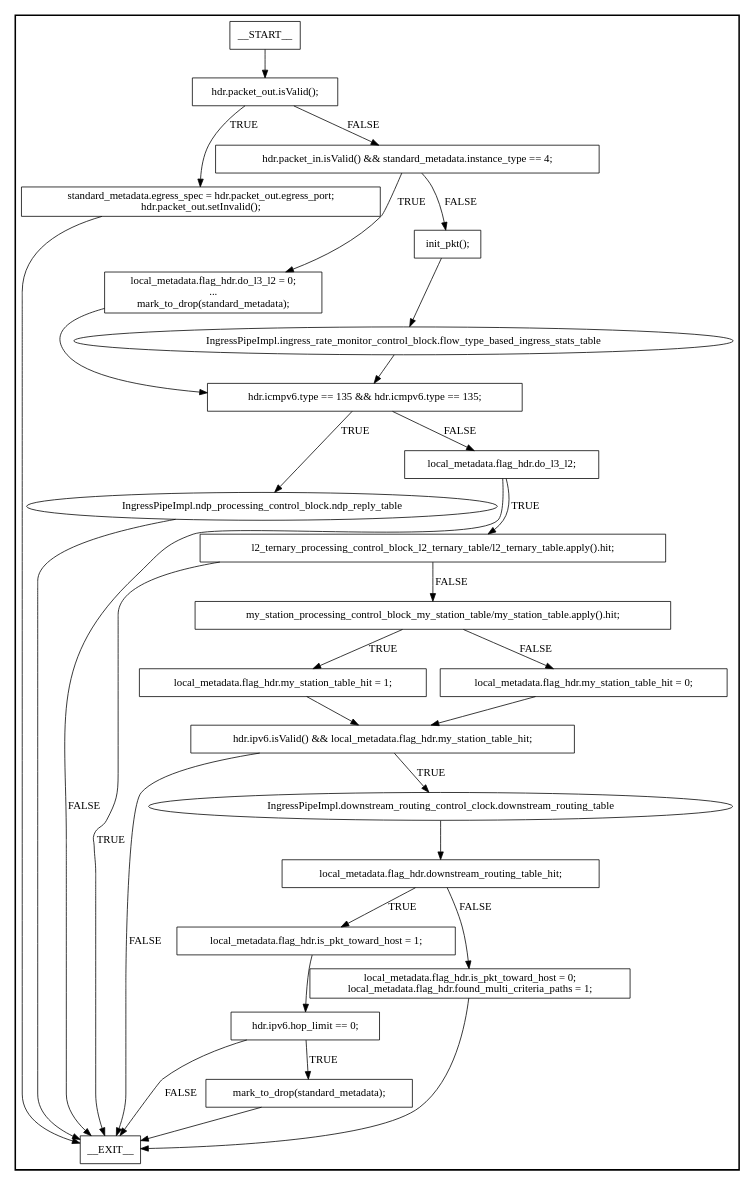
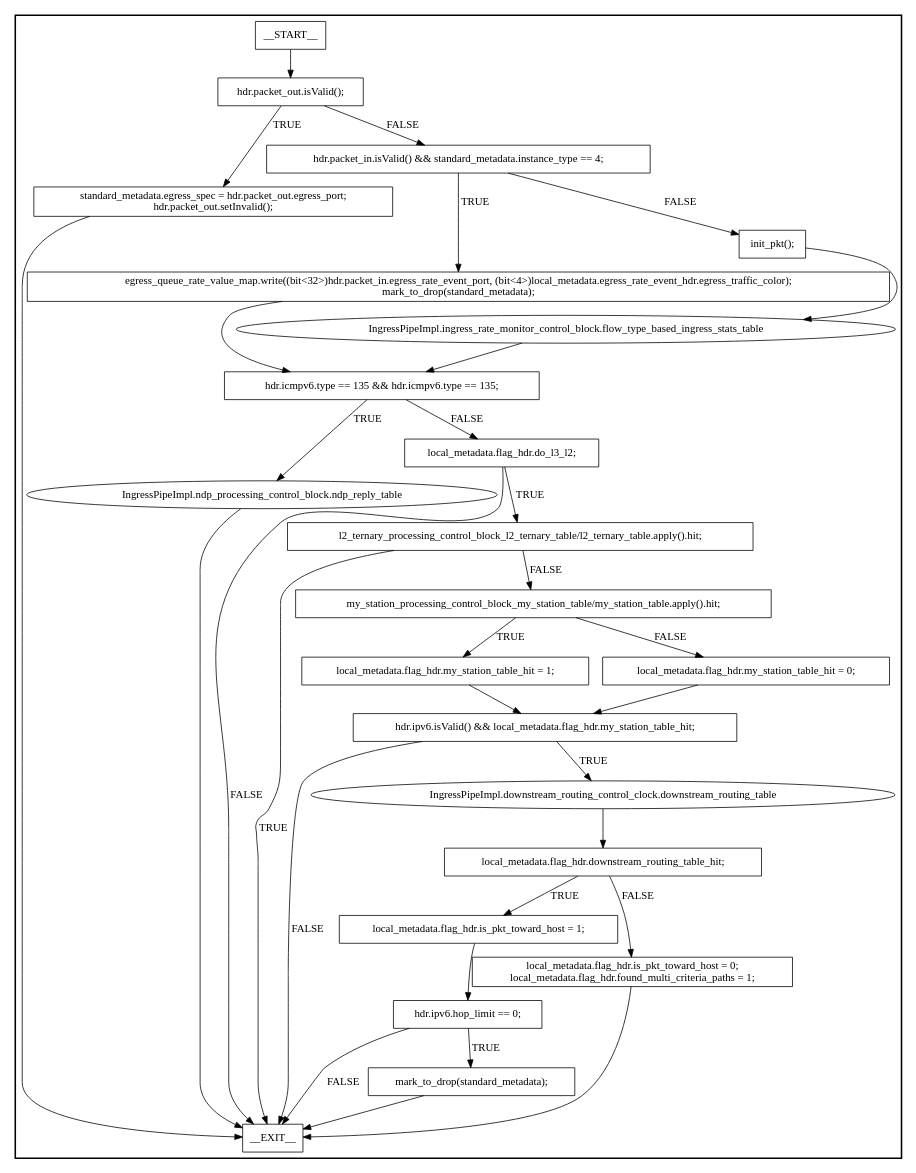
One commit to drobinkent/P4TE_UPTO_ELSEVIER_CN_REVISION_1 changed the diagram in p4src/graphs/leaf/IngressPipeImpl.dot. Above: the diagram before and after it, drawn with Graphviz. The commit also changed 563 other files, not shown here.

```diff
--- a/p4src/graphs/leaf/IngressPipeImpl.dot
+++ b/p4src/graphs/leaf/IngressPipeImpl.dot
@@ -1,62 +1,61 @@
 digraph IngressPipeImpl {
 subgraph cluster {
 graph [
 label="", labeljust=r, style=bold];
 0[label=__START__, margin="", shape=rectangle, style=solid];
 1[label=__EXIT__, margin="", shape=rectangle, style=solid];
 2[label="hdr.packet_out.isValid();", margin="", shape=rectangle, style=solid];
 3[label="standard_metadata.egress_spec = hdr.packet_out.egress_port;
 hdr.packet_out.setInvalid();", margin="", shape=rectangle, style=solid];
 4[label="hdr.packet_in.isValid() && standard_metadata.instance_type == 4;", margin="", shape=rectangle, style=solid];
-5[label="local_metadata.flag_hdr.do_l3_l2 = 0;
-...
+5[label="egress_queue_rate_value_map.write((bit<32>)hdr.packet_in.egress_rate_event_port, (bit<4>)local_metadata.egress_rate_event_hdr.egress_traffic_color);
 mark_to_drop(standard_metadata);", margin="", shape=rectangle, style=solid];
 6[label="init_pkt();", margin="", shape=rectangle, style=solid];
 7[label="IngressPipeImpl.ingress_rate_monitor_control_block.flow_type_based_ingress_stats_table", margin="", shape=ellipse, style=solid];
 8[label="hdr.icmpv6.type == 135 && hdr.icmpv6.type == 135;", margin="", shape=rectangle, style=solid];
 9[label="IngressPipeImpl.ndp_processing_control_block.ndp_reply_table", margin="", shape=ellipse, style=solid];
 10[label="local_metadata.flag_hdr.do_l3_l2;", margin="", shape=rectangle, style=solid];
 11[label="l2_ternary_processing_control_block_l2_ternary_table/l2_ternary_table.apply().hit;", margin="", shape=rectangle, style=solid];
 12[label="my_station_processing_control_block_my_station_table/my_station_table.apply().hit;", margin="", shape=rectangle, style=solid];
 13[label="local_metadata.flag_hdr.my_station_table_hit = 1;", margin="", shape=rectangle, style=solid];
 14[label="local_metadata.flag_hdr.my_station_table_hit = 0;", margin="", shape=rectangle, style=solid];
 15[label="hdr.ipv6.isValid() && local_metadata.flag_hdr.my_station_table_hit;", margin="", shape=rectangle, style=solid];
 16[label="IngressPipeImpl.downstream_routing_control_clock.downstream_routing_table", margin="", shape=ellipse, style=solid];
 17[label="local_metadata.flag_hdr.downstream_routing_table_hit;", margin="", shape=rectangle, style=solid];
 18[label="local_metadata.flag_hdr.is_pkt_toward_host = 1;", margin="", shape=rectangle, style=solid];
 19[label="hdr.ipv6.hop_limit == 0;", margin="", shape=rectangle, style=solid];
 20[label="mark_to_drop(standard_metadata);", margin="", shape=rectangle, style=solid];
 21[label="local_metadata.flag_hdr.is_pkt_toward_host = 0;
 local_metadata.flag_hdr.found_multi_criteria_paths = 1;", margin="", shape=rectangle, style=solid];
 0 -> 2[label=""];
 2 -> 3[label=TRUE];
 2 -> 4[label=FALSE];
 3 -> 1[label=""];
 4 -> 5[label=TRUE];
 4 -> 6[label=FALSE];
 5 -> 8[label=""];
 6 -> 7[label=""];
 7 -> 8[label=""];
 8 -> 9[label=TRUE];
 8 -> 10[label=FALSE];
 9 -> 1[label=""];
 10 -> 11[label=TRUE];
 10 -> 1[label=FALSE];
 11 -> 1[label=TRUE];
 11 -> 12[label=FALSE];
 12 -> 13[label=TRUE];
 12 -> 14[label=FALSE];
 13 -> 15[label=""];
 14 -> 15[label=""];
 15 -> 16[label=TRUE];
 15 -> 1[label=FALSE];
 16 -> 17[label=""];
 17 -> 18[label=TRUE];
 17 -> 21[label=FALSE];
 18 -> 19[label=""];
 19 -> 20[label=TRUE];
 19 -> 1[label=FALSE];
 20 -> 1[label=""];
 21 -> 1[label=""];
 }
 }
```
